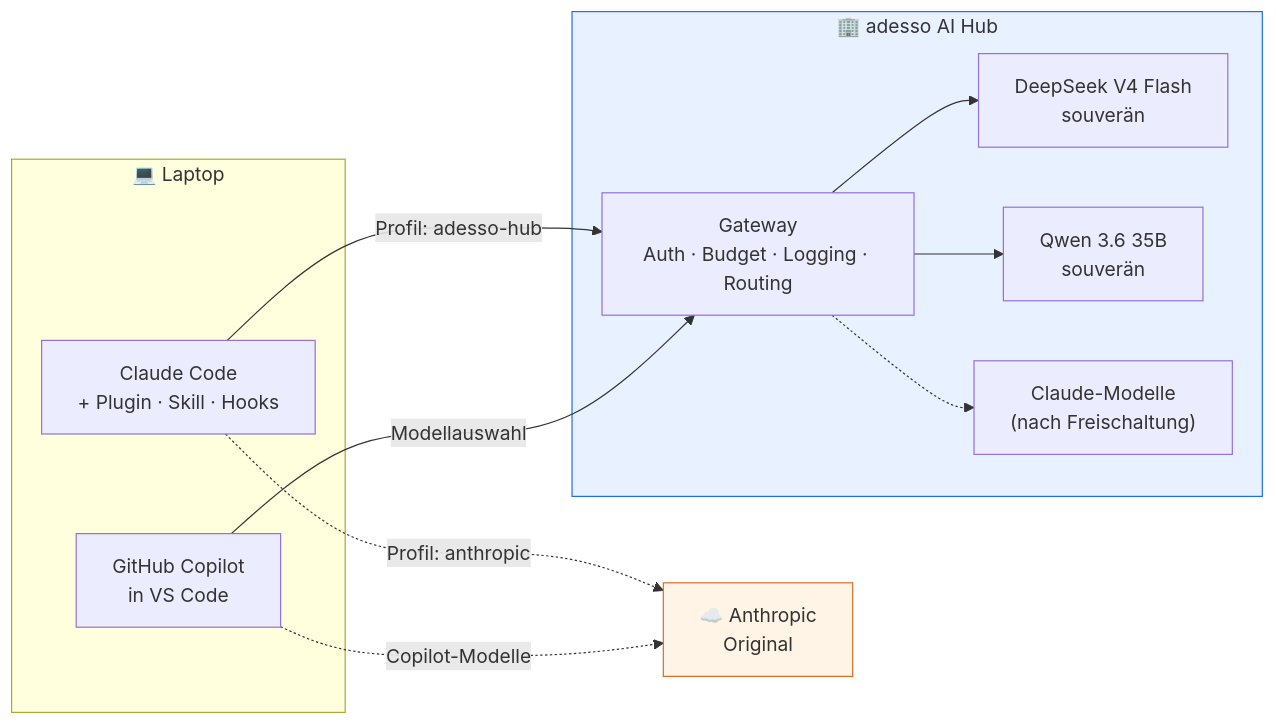
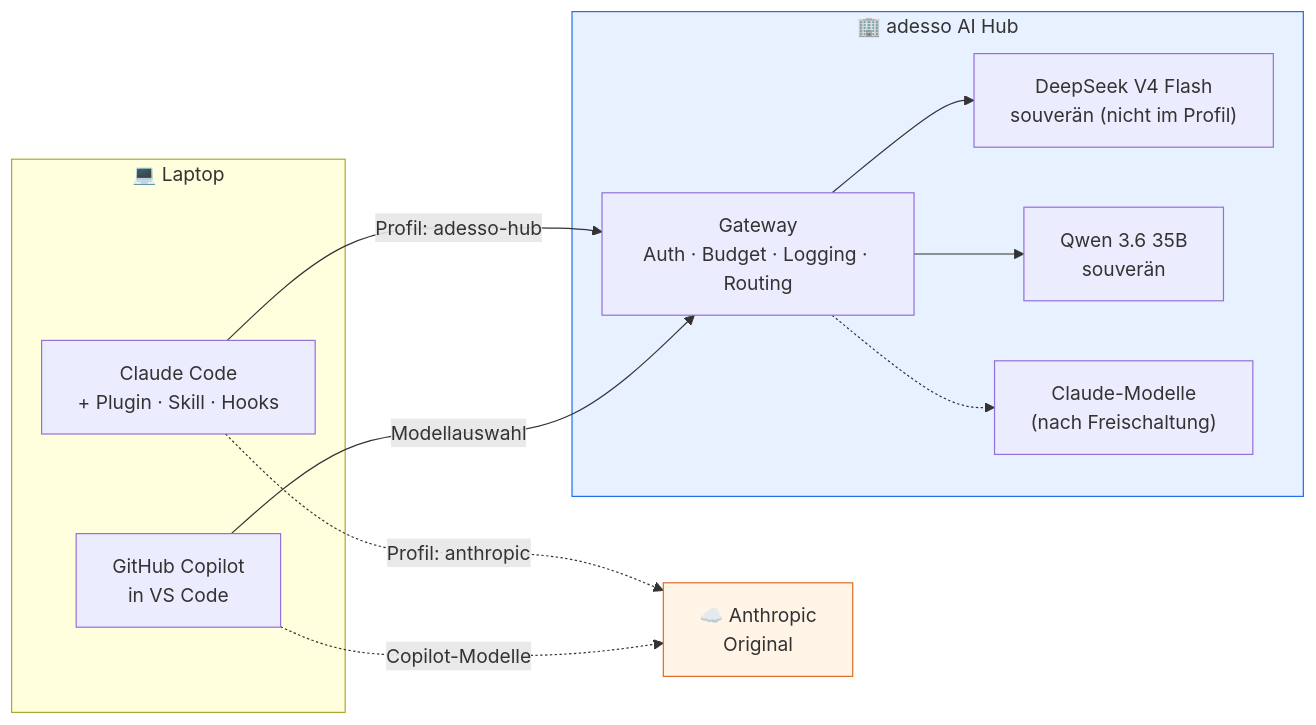
Before and after one commit to a-lottes/Agent-Template: the first of 6 diagrams in docs/demo/01-ai-hub/VISUELL.md, drawn with Mermaid. The commit also changed other lines of this file and 16 other files, not shown here.

Commit message:
Docs consistent with the repo-only flow: rewritten step docs, index, diagrams; old variants moved to docs/demo/archiv

````diff
--- a/docs/demo/01-ai-hub/VISUELL.md
+++ b/docs/demo/01-ai-hub/VISUELL.md
@@ -7,27 +7,27 @@
 ```mermaid
 flowchart LR
     subgraph LAPTOP["💻 Laptop"]
         CC["Claude Code<br/>+ Plugin · Skill · Hooks"]
         GH["GitHub Copilot<br/>in VS Code"]
     end
 
     subgraph HUB["🏢 adesso AI Hub"]
         GW["Gateway<br/>Auth · Budget · Logging · Routing"]
-        DS["DeepSeek V4 Flash<br/>souverän"]
+        DS["DeepSeek V4 Flash<br/>souverän (nicht im Profil)"]
         QW["Qwen 3.6 35B<br/>souverän"]
         CL["Claude-Modelle<br/>(nach Freischaltung)"]
     end
 
     ANT["☁️ Anthropic<br/>Original"]
 
     CC -- "Profil: adesso-hub" --> GW
     GH -- "Modellauswahl" --> GW
     CC -. "Profil: anthropic" .-> ANT
     GH -. "Copilot-Modelle" .-> ANT
     GW --> DS
     GW --> QW
     GW -.-> CL
 
     style HUB fill:#e8f1ff,stroke:#1f6feb
     style ANT fill:#fff4e5,stroke:#db6d28
 ```
````
